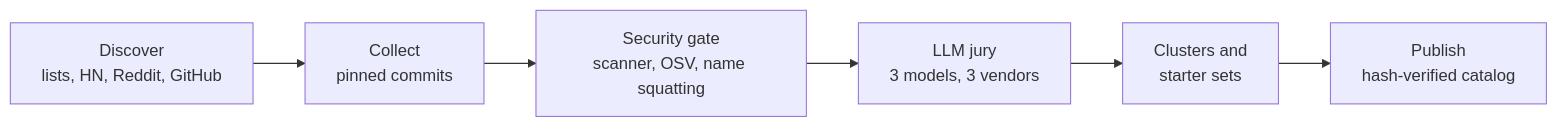
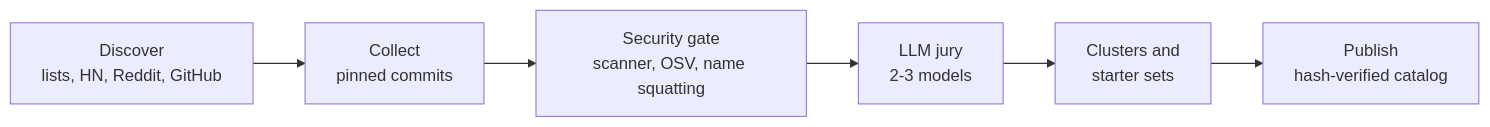
Before and after one commit to repotify/repotify: the diagram in docs/GUIDE.md, drawn with Mermaid. The commit also changed other lines of this file and 6 other files, not shown here.

````diff
--- a/docs/GUIDE.md
+++ b/docs/GUIDE.md
@@ -110,8 +112,8 @@
 ```mermaid
 flowchart LR
   D[Discover<br/>lists, HN, Reddit, GitHub] --> C[Collect<br/>pinned commits]
   C --> G[Security gate<br/>scanner, OSV, name squatting]
-  G --> J[LLM jury<br/>3 models, 3 vendors]
+  G --> J[LLM jury<br/>2-3 models]
   J --> K[Clusters and<br/>starter sets]
   K --> P[Publish<br/>hash-verified catalog]
 ```
````
